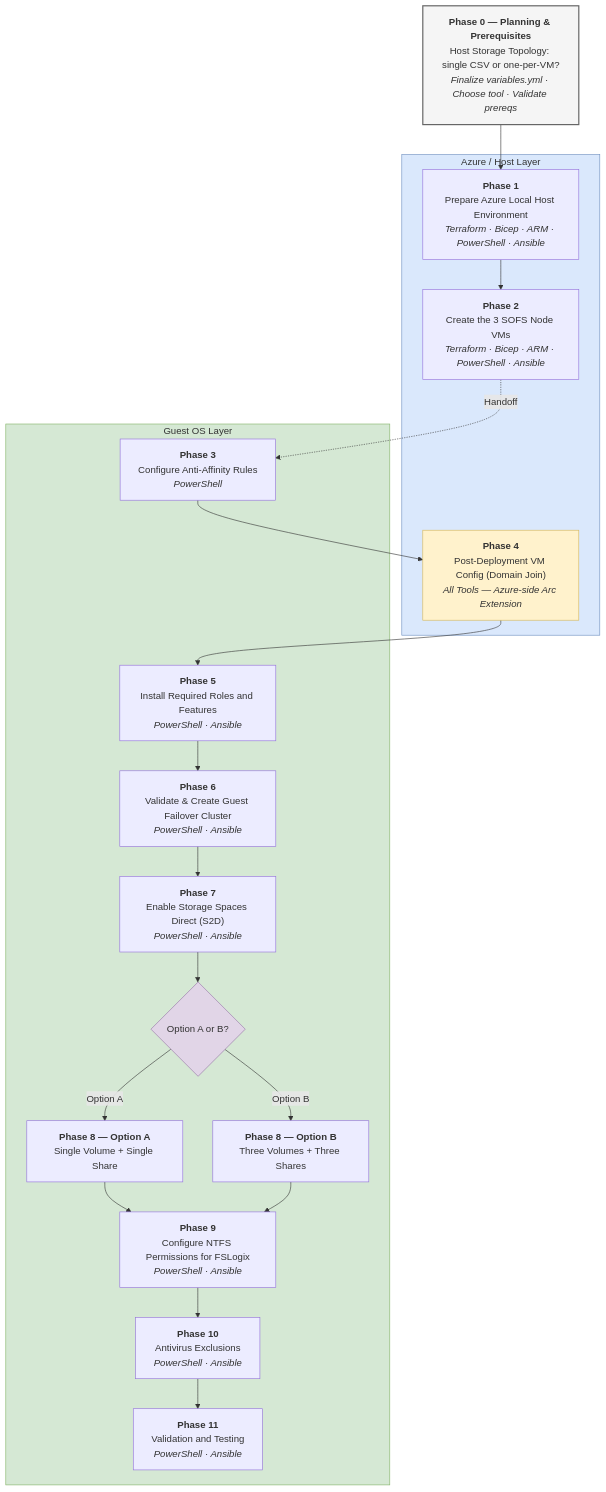
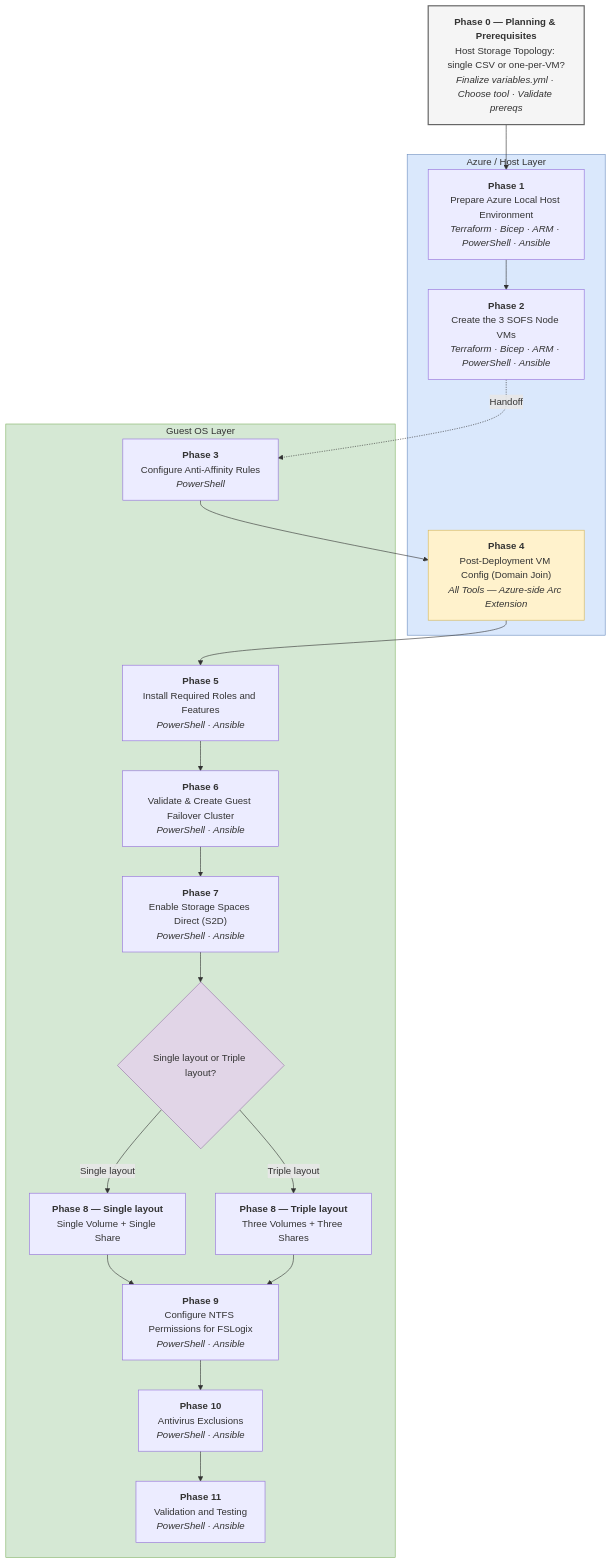
The second of 2 diagrams in docs/architecture/overview.md (AzureLocal/azurelocal-sofs-fslogix), drawn with Mermaid before and after one commit. The commit also changed other lines of this file and 55 other files, not shown here.

````diff
--- a/docs/architecture/overview.md
+++ b/docs/architecture/overview.md
@@ -143,44 +143,44 @@
 ```mermaid
 flowchart TD
     P0["<b>Phase 0 — Planning & Prerequisites</b><br/>Host Storage Topology: single CSV or one-per-VM?<br/><i>Finalize variables.yml · Choose tool · Validate prereqs</i>"]
 
     subgraph azure["Azure / Host Layer"]
         P1["<b>Phase 1</b><br/>Prepare Azure Local Host Environment<br/><i>Terraform · Bicep · ARM · PowerShell · Ansible</i>"]
         P2["<b>Phase 2</b><br/>Create the 3 SOFS Node VMs<br/><i>Terraform · Bicep · ARM · PowerShell · Ansible</i>"]
         P4["<b>Phase 4</b><br/>Post-Deployment VM Config (Domain Join)<br/><i>All Tools — Azure-side Arc Extension</i>"]
     end
 
     subgraph guest["Guest OS Layer"]
         P3["<b>Phase 3</b><br/>Configure Anti-Affinity Rules<br/><i>PowerShell</i>"]
         P5["<b>Phase 5</b><br/>Install Required Roles and Features<br/><i>PowerShell · Ansible</i>"]
         P6["<b>Phase 6</b><br/>Validate & Create Guest Failover Cluster<br/><i>PowerShell · Ansible</i>"]
         P7["<b>Phase 7</b><br/>Enable Storage Spaces Direct (S2D)<br/><i>PowerShell · Ansible</i>"]
-        D{"Option A or B?"}
-        P8A["<b>Phase 8 — Option A</b><br/>Single Volume + Single Share"]
-        P8B["<b>Phase 8 — Option B</b><br/>Three Volumes + Three Shares"]
+        D{"Single layout or Triple layout?"}
+        P8A["<b>Phase 8 — Single layout</b><br/>Single Volume + Single Share"]
+        P8B["<b>Phase 8 — Triple layout</b><br/>Three Volumes + Three Shares"]
         P9["<b>Phase 9</b><br/>Configure NTFS Permissions for FSLogix<br/><i>PowerShell · Ansible</i>"]
         P10["<b>Phase 10</b><br/>Antivirus Exclusions<br/><i>PowerShell · Ansible</i>"]
         P11["<b>Phase 11</b><br/>Validation and Testing<br/><i>PowerShell · Ansible</i>"]
     end
 
     P0 --> P1
     P1 --> P2
     P2 -.->|Handoff| P3
     P3 --> P4
     P4 --> P5
     P5 --> P6
     P6 --> P7
     P7 --> D
-    D -->|Option A| P8A
-    D -->|Option B| P8B
+    D -->|Single layout| P8A
+    D -->|Triple layout| P8B
     P8A --> P9
     P8B --> P9
     P9 --> P10
     P10 --> P11
 
     style P0 fill:#f5f5f5,stroke:#666666,stroke-width:2px,color:#333
     style azure fill:#dae8fc,stroke:#6c8ebf,color:#333
     style guest fill:#d5e8d4,stroke:#82b366,color:#333
     style P4 fill:#fff2cc,stroke:#d6b656,color:#333
     style D fill:#e1d5e7,stroke:#9673a6,color:#333
 ```
````
